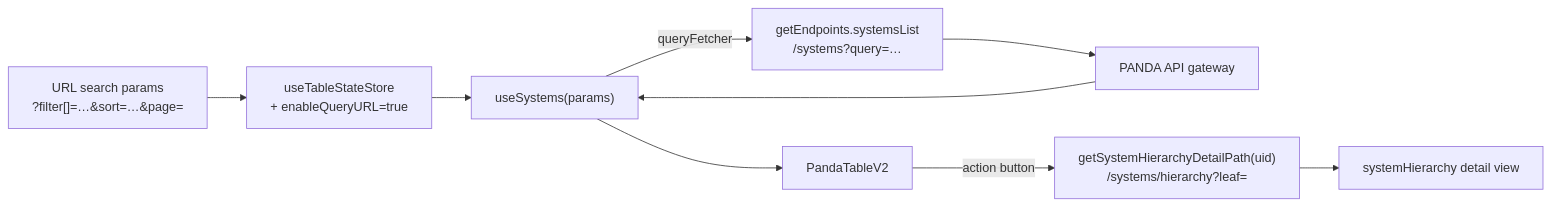
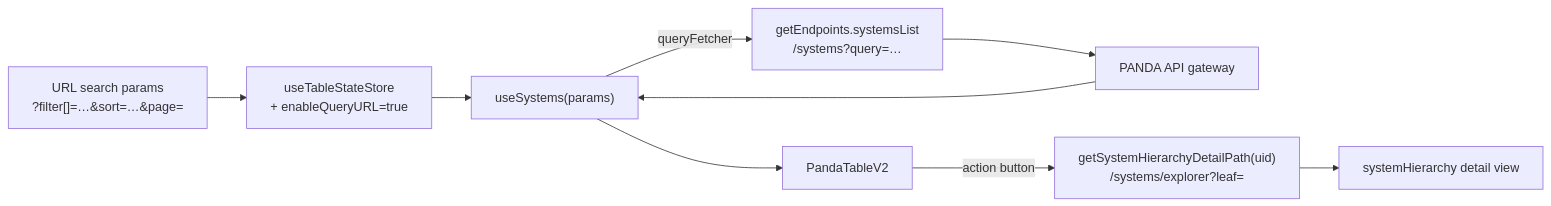
One commit to eli-eric/ELI-panda changed the diagram in docs/technical/systems-family/systems-overview.md. Above: the diagram before and after it, drawn with Mermaid. The commit also changed other lines of this file and 15 other files, not shown here.

First line of the commit message:
docs(systems): REST edit path, soft lock, Edit System sheet, Systems Explorer

````diff
--- a/docs/technical/systems-family/systems-overview.md
+++ b/docs/technical/systems-family/systems-overview.md
@@ -54,11 +55,11 @@
 ```mermaid
 flowchart LR
     URL["URL search params\n?filter[]=…&sort=…&page="] --> Store["useTableStateStore\n+ enableQueryURL=true"]
     Store --> H["useSystems(params)"]
     H -->|queryFetcher| EP["getEndpoints.systemsList\n/systems?query=…"]
     EP --> GW["PANDA API gateway"]
     GW --> H
     H --> Table["PandaTableV2"]
-    Table -->|action button| Nav["getSystemHierarchyDetailPath(uid)\n/systems/hierarchy?leaf=<uid>"]
+    Table -->|action button| Nav["getSystemHierarchyDetailPath(uid)\n/systems/explorer?leaf=<uid>"]
     Nav --> Item["systemHierarchy detail view"]
 ```
````
